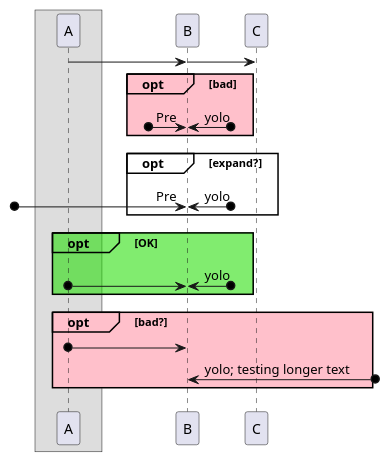
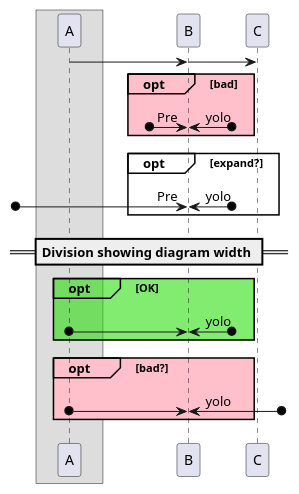
Before and after one commit to jimnelson372/plantuml_fork: the ninth of 14 diagrams in testteozgroup.puml, drawn with PlantUML. The commit also changed other lines of this file and 14 other files, not shown here.

```diff
--- a/testteozgroup.puml
+++ b/testteozgroup.puml
@@ -72,31 +247,32 @@
 @startuml
 !pragma teoz true
 skinparam ParticipantPadding 18
 skinparam BoxPadding 20
 box
 participant A
 end box
   A -> B
 & B -> C
 opt#transparent #pink bad /'in teoz'/
 ?o-> B : Pre
 & B <-o? : yolo
 '& C -[hidden]> C /' enlarge opt box '/
 end
 opt#transparent expand?
 [o-> B : Pre
 & B <-o? : yolo
 '& C -[hidden]> C /' enlarge opt box '/
 '& C -[hidden]> B
 end
+== Division showing diagram width ==
 opt#transparent #20DD0090 OK
   A o-> B
 & B <-o? : yolo
 '& C -[hidden]> C /' enlarge opt box '/
 end
 opt#transparent #pink bad?
   A o-> B
- B <-o] : yolo; testing longer text
+& B <-o] : yolo
 '& C -[hidden]> C /' enlarge opt box '/
 end
 @enduml
```
